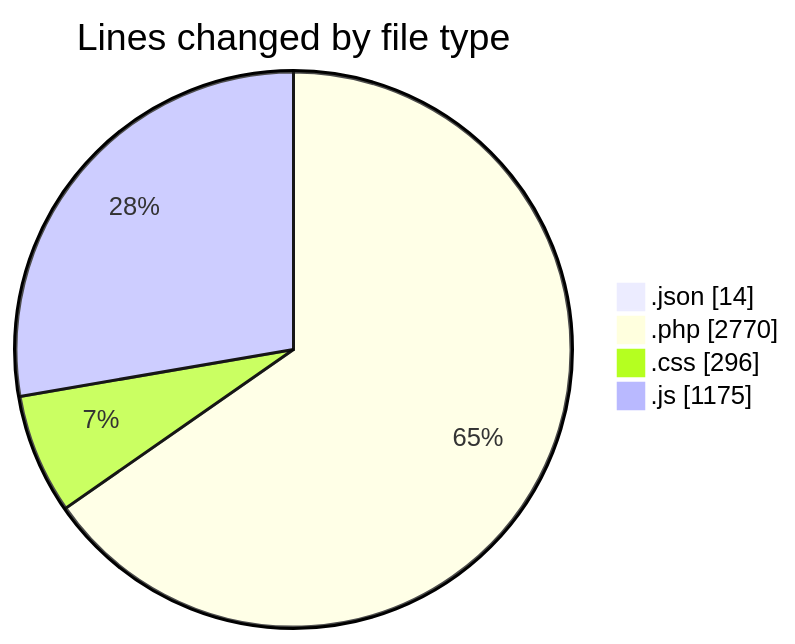
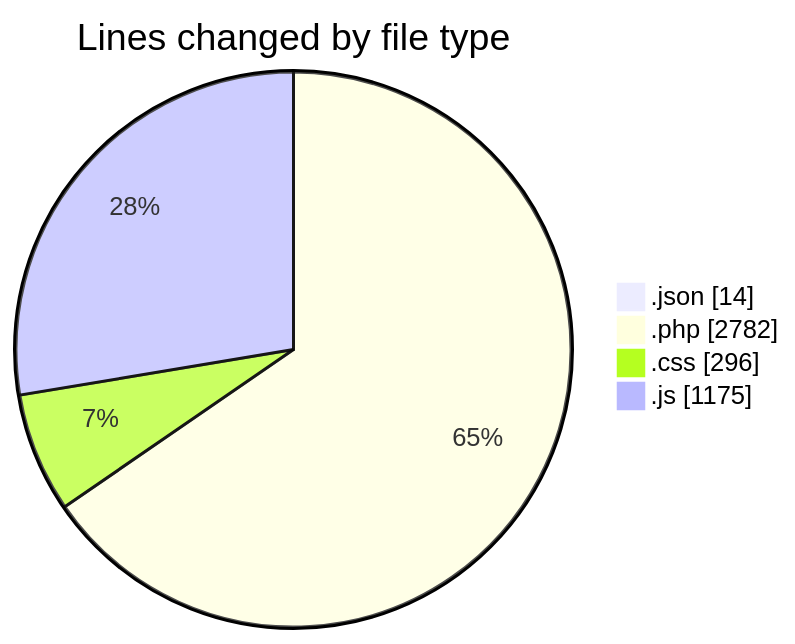
One commit to debugP/code-tracking changed the first of 2 diagrams in 2026-07-31/untitled__workspace_/README.md. Above: the diagram before and after it, drawn with Mermaid. The commit also changed other lines of this file and 1 other file, not shown here.

````diff
--- a/2026-07-31/untitled__workspace_/README.md
+++ b/2026-07-31/untitled__workspace_/README.md
@@ -25,8 +25,8 @@
 ```mermaid
 pie showData
 title Lines changed by file type
 ".json" : 14
-".php" : 2770
+".php" : 2782
 ".css" : 296
 ".js" : 1175
 ```
````
